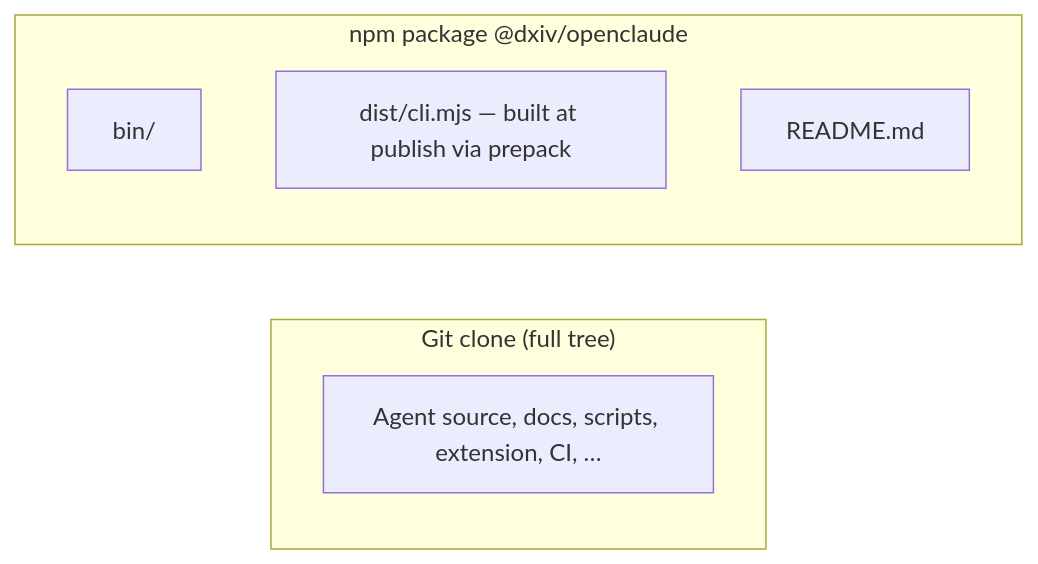
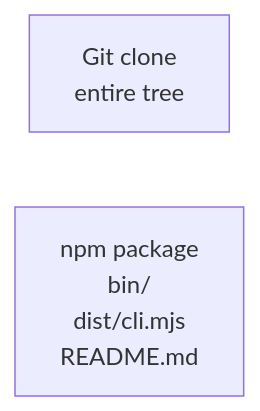
Before and after one commit to dxiv/dxa-deimos: the second of 2 diagrams in README.md, drawn with Mermaid. The commit also changed other lines of this file, not shown here.

Commit message:
docs(readme): simpler Mermaid bands, grouped paths, less duplication

````diff
--- a/README.md
+++ b/README.md
@@ -307,14 +280,5 @@
 ```mermaid
 flowchart LR
-  subgraph CLONE["Git clone (full tree)"]
-    direction TB
-    C1["Agent source, docs, scripts, extension, CI, …"]
-  end
-
-  subgraph NPM["npm package @dxiv/openclaude"]
-    direction TB
-    N1["bin/"]
-    N2["dist/cli.mjs — built at publish via prepack"]
-    N3["README.md"]
-  end
+  CLONE["Git clone<br/>entire tree"]
+  NPM["npm package<br/>bin/<br/>dist/cli.mjs<br/>README.md"]
 ```
````
